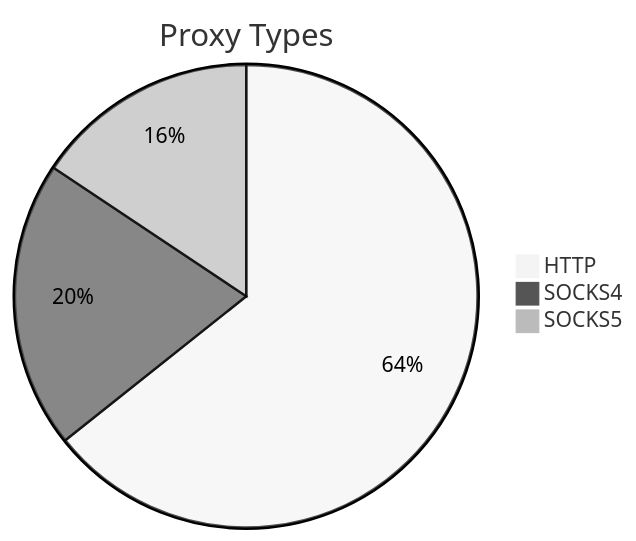
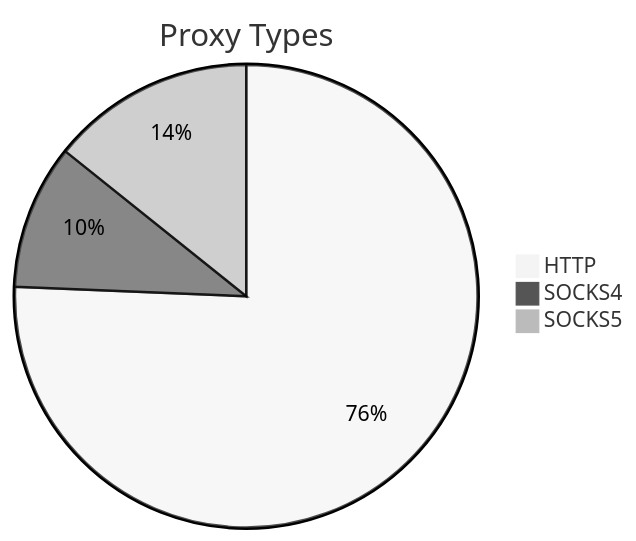
One commit to stormsia/proxy-list changed the first of 2 diagrams in README.md. Above: the diagram before and after it, drawn with Mermaid (neutral theme). The commit also changed other lines of this file, not shown here.

````diff
--- a/README.md
+++ b/README.md
@@ -21,6 +21,6 @@
 ```mermaid
 pie title Proxy Types
-    "HTTP" : 407
-    "SOCKS4" : 127
-    "SOCKS5" : 99
+    "HTTP" : 292
+    "SOCKS4" : 39
+    "SOCKS5" : 55
 ```
````
